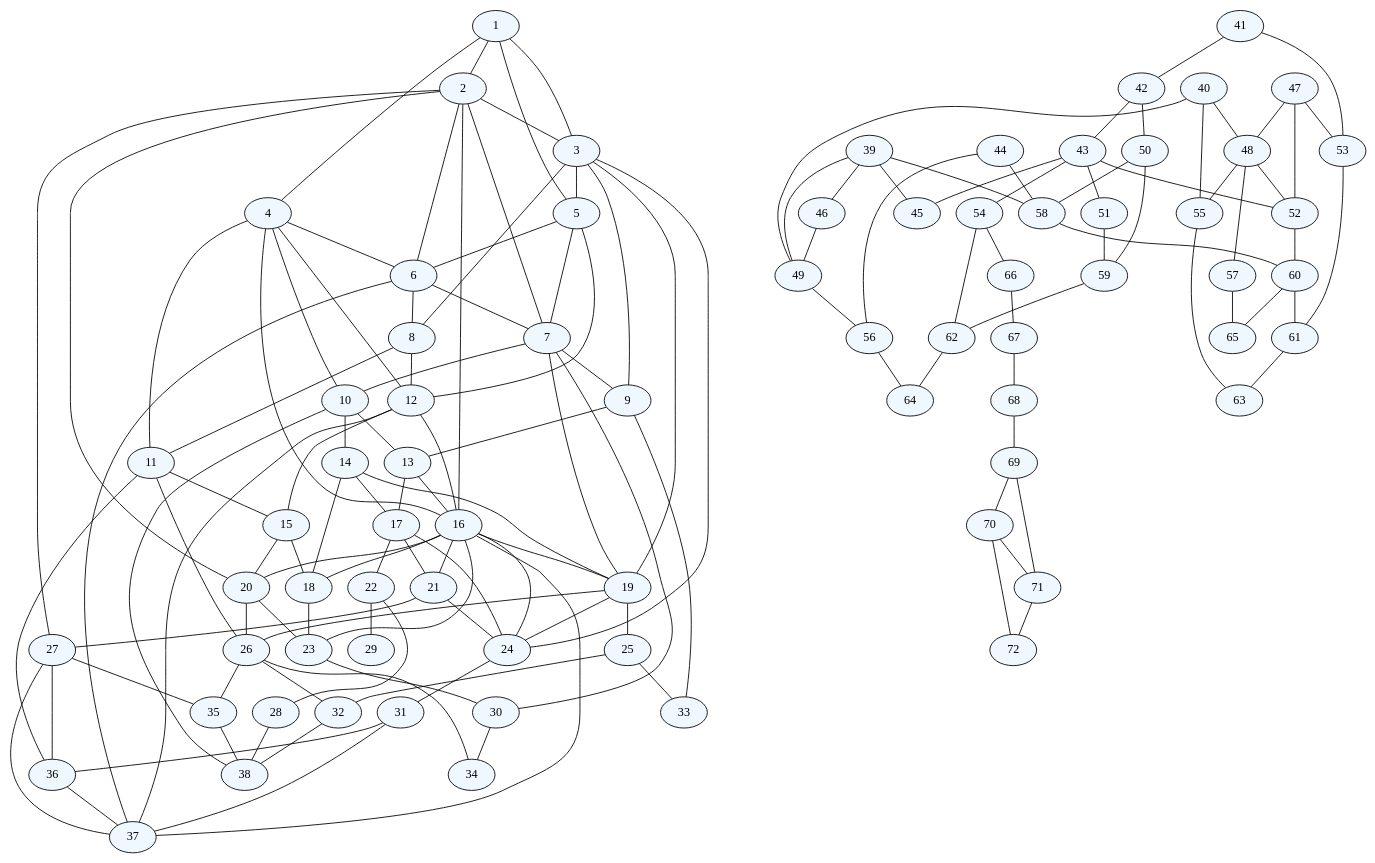
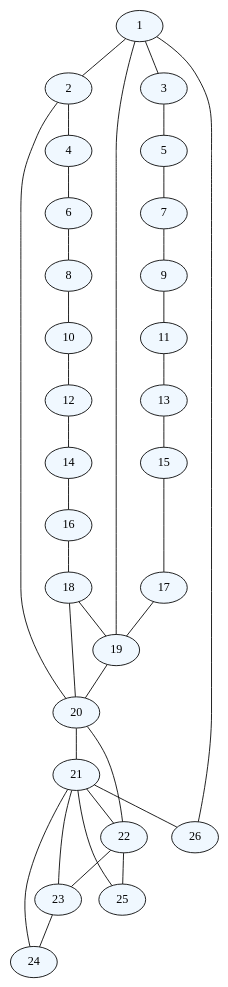
One commit to unfou3/Topic-2 changed the diagram in Last/dothitomau.dot. Above: the diagram before and after it, drawn with Graphviz. The commit also changed 12 other files, not shown here.

```diff
--- a/Last/dothitomau.dot
+++ b/Last/dothitomau.dot
@@ -26,186 +26,38 @@
 24 [fillcolor=aliceblue, style=filled];
 25 [fillcolor=aliceblue, style=filled];
 26 [fillcolor=aliceblue, style=filled];
-27 [fillcolor=aliceblue, style=filled];
-28 [fillcolor=aliceblue, style=filled];
-29 [fillcolor=aliceblue, style=filled];
-30 [fillcolor=aliceblue, style=filled];
-31 [fillcolor=aliceblue, style=filled];
-32 [fillcolor=aliceblue, style=filled];
-33 [fillcolor=aliceblue, style=filled];
-34 [fillcolor=aliceblue, style=filled];
-35 [fillcolor=aliceblue, style=filled];
-36 [fillcolor=aliceblue, style=filled];
-37 [fillcolor=aliceblue, style=filled];
-38 [fillcolor=aliceblue, style=filled];
-39 [fillcolor=aliceblue, style=filled];
-40 [fillcolor=aliceblue, style=filled];
-41 [fillcolor=aliceblue, style=filled];
-42 [fillcolor=aliceblue, style=filled];
-43 [fillcolor=aliceblue, style=filled];
-44 [fillcolor=aliceblue, style=filled];
-45 [fillcolor=aliceblue, style=filled];
-46 [fillcolor=aliceblue, style=filled];
-47 [fillcolor=aliceblue, style=filled];
-48 [fillcolor=aliceblue, style=filled];
-49 [fillcolor=aliceblue, style=filled];
-50 [fillcolor=aliceblue, style=filled];
-51 [fillcolor=aliceblue, style=filled];
-52 [fillcolor=aliceblue, style=filled];
-53 [fillcolor=aliceblue, style=filled];
-54 [fillcolor=aliceblue, style=filled];
-55 [fillcolor=aliceblue, style=filled];
-56 [fillcolor=aliceblue, style=filled];
-57 [fillcolor=aliceblue, style=filled];
-58 [fillcolor=aliceblue, style=filled];
-59 [fillcolor=aliceblue, style=filled];
-60 [fillcolor=aliceblue, style=filled];
-61 [fillcolor=aliceblue, style=filled];
-62 [fillcolor=aliceblue, style=filled];
-63 [fillcolor=aliceblue, style=filled];
-64 [fillcolor=aliceblue, style=filled];
-65 [fillcolor=aliceblue, style=filled];
-66 [fillcolor=aliceblue, style=filled];
-67 [fillcolor=aliceblue, style=filled];
-68 [fillcolor=aliceblue, style=filled];
-69 [fillcolor=aliceblue, style=filled];
-70 [fillcolor=aliceblue, style=filled];
-71 [fillcolor=aliceblue, style=filled];
-72 [fillcolor=aliceblue, style=filled];
 1 -- 2;
 1 -- 3;
-1 -- 4;
-1 -- 5;
-2 -- 3;
-2 -- 6;
-2 -- 7;
-2 -- 16;
+1 -- 19;
+1 -- 26;
+2 -- 4;
 2 -- 20;
-2 -- 27;
 3 -- 5;
-3 -- 8;
-3 -- 9;
-3 -- 19;
-3 -- 24;
 4 -- 6;
-4 -- 10;
-4 -- 11;
-4 -- 12;
-4 -- 16;
-5 -- 6;
 5 -- 7;
-5 -- 12;
-6 -- 7;
 6 -- 8;
-6 -- 37;
 7 -- 9;
-7 -- 10;
-7 -- 19;
-7 -- 30;
-8 -- 11;
-8 -- 12;
-9 -- 13;
-9 -- 33;
-10 -- 13;
-10 -- 14;
-10 -- 38;
-11 -- 15;
-11 -- 26;
-11 -- 36;
-12 -- 15;
-12 -- 16;
-12 -- 37;
-13 -- 16;
-13 -- 17;
-14 -- 17;
-14 -- 18;
-14 -- 19;
-15 -- 18;
-15 -- 20;
+8 -- 10;
+9 -- 11;
+10 -- 12;
+11 -- 13;
+12 -- 14;
+13 -- 15;
+14 -- 16;
+15 -- 17;
 16 -- 18;
-16 -- 19;
-16 -- 20;
-16 -- 21;
-16 -- 23;
-16 -- 24;
-16 -- 37;
-17 -- 21;
-17 -- 22;
-17 -- 24;
-18 -- 23;
-19 -- 24;
-19 -- 25;
-19 -- 26;
-20 -- 23;
-20 -- 26;
+17 -- 19;
+18 -- 19;
+18 -- 20;
+19 -- 20;
+20 -- 21;
+20 -- 22;
+21 -- 22;
+21 -- 23;
 21 -- 24;
-21 -- 27;
-22 -- 28;
-22 -- 29;
-23 -- 30;
-24 -- 31;
-25 -- 32;
-25 -- 33;
-26 -- 32;
-26 -- 34;
-26 -- 35;
-27 -- 35;
-27 -- 36;
-27 -- 37;
-28 -- 38;
-30 -- 34;
-31 -- 36;
-31 -- 37;
-32 -- 38;
-35 -- 38;
-36 -- 37;
-39 -- 45;
-39 -- 46;
-39 -- 49;
-39 -- 58;
-40 -- 48;
-40 -- 49;
-40 -- 55;
-41 -- 42;
-41 -- 53;
-42 -- 43;
-42 -- 50;
-43 -- 45;
-43 -- 51;
-43 -- 52;
-43 -- 54;
-44 -- 56;
-44 -- 58;
-46 -- 49;
-47 -- 48;
-47 -- 52;
-47 -- 53;
-48 -- 52;
-48 -- 55;
-48 -- 57;
-49 -- 56;
-50 -- 58;
-50 -- 59;
-51 -- 59;
-52 -- 60;
-53 -- 61;
-54 -- 62;
-54 -- 66;
-55 -- 63;
-56 -- 64;
-57 -- 65;
-58 -- 60;
-59 -- 62;
-60 -- 61;
-60 -- 65;
-61 -- 63;
-62 -- 64;
-66 -- 67;
-67 -- 68;
-68 -- 69;
-69 -- 70;
-69 -- 71;
-70 -- 71;
-70 -- 72;
-71 -- 72;
+21 -- 25;
+21 -- 26;
+22 -- 23;
+22 -- 25;
+23 -- 24;
 }
```
